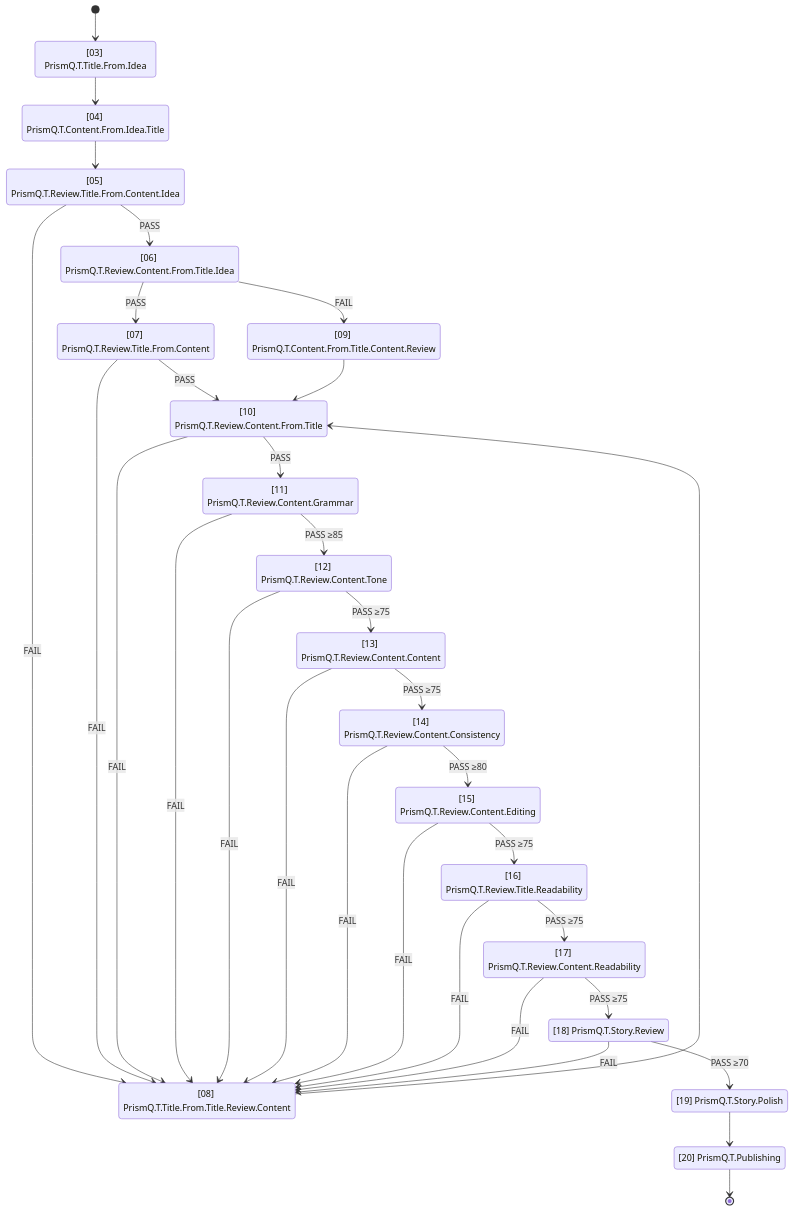
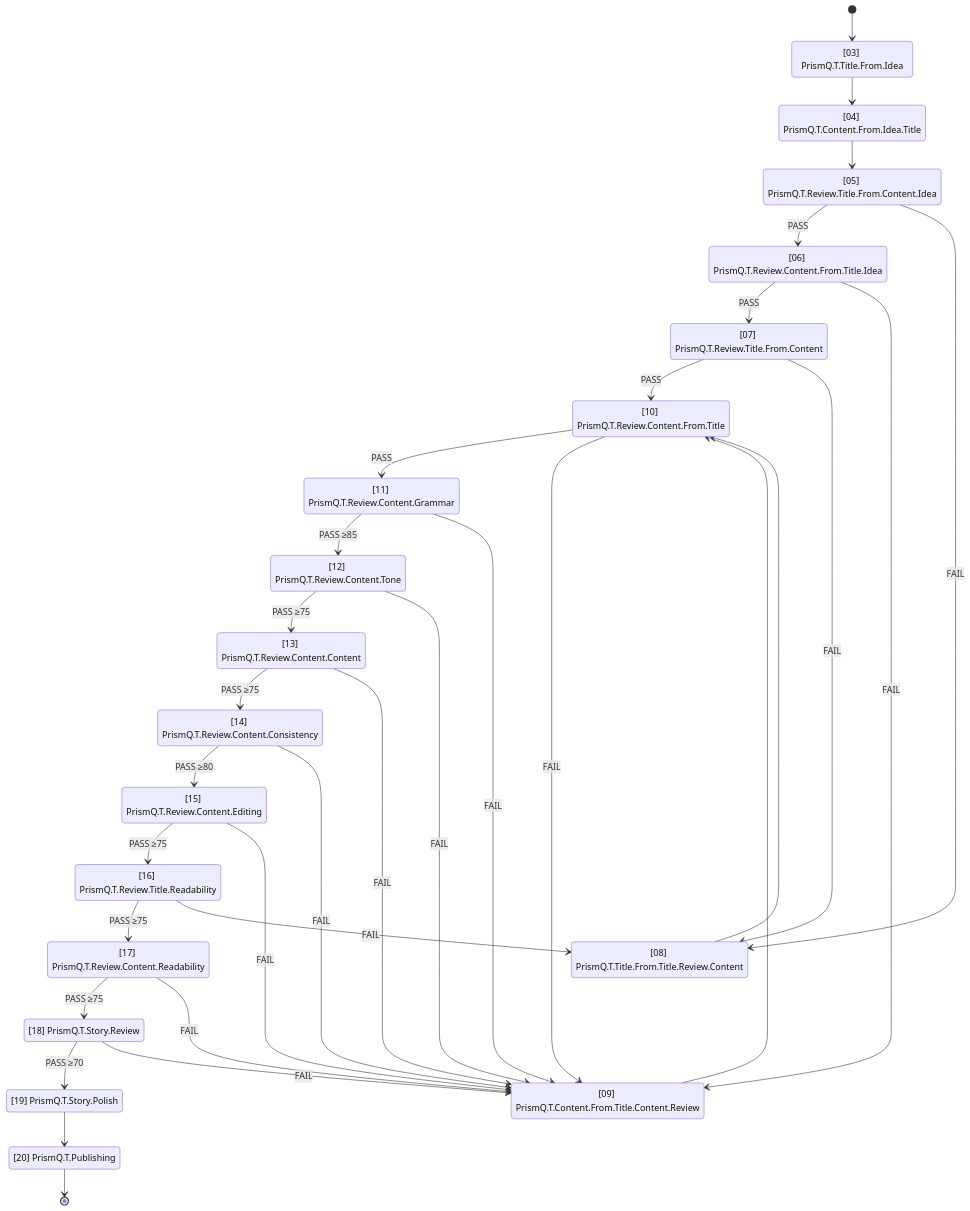
The diagram in _meta/docs/workflow/state-machine.md (Nomoos/PrismQ), drawn with Mermaid before and after one commit. The commit also changed other lines of this file and 3 other files, not shown here.

````diff
--- a/_meta/docs/workflow/state-machine.md
+++ b/_meta/docs/workflow/state-machine.md
@@ -13,81 +13,81 @@
 ```mermaid
 stateDiagram-v2
     direction TB
 
     %% ── State aliases (short ID → actual PrismQ.T state string) ──────────
     TitleFromIdea          : [03] PrismQ.T.Title.From.Idea
     ContentFromIdeaTitle   : [04] PrismQ.T.Content.From.Idea.Title
     RevTitleFromContentIdea: [05] PrismQ.T.Review.Title.From.Content.Idea
     RevContentFromTitleIdea: [06] PrismQ.T.Review.Content.From.Title.Idea
     RevTitleFromContent    : [07] PrismQ.T.Review.Title.From.Content
     TitleRegen             : [08] PrismQ.T.Title.From.Title.Review.Content
     ContentRegen09         : [09] PrismQ.T.Content.From.Title.Content.Review
     RevContentFromTitle    : [10] PrismQ.T.Review.Content.From.Title
     Grammar                : [11] PrismQ.T.Review.Content.Grammar
     Tone                   : [12] PrismQ.T.Review.Content.Tone
     Content                : [13] PrismQ.T.Review.Content.Content
     Consistency            : [14] PrismQ.T.Review.Content.Consistency
     Editing                : [15] PrismQ.T.Review.Content.Editing
     TitleReadability       : [16] PrismQ.T.Review.Title.Readability
     ContentReadability     : [17] PrismQ.T.Review.Content.Readability
     StoryReview            : [18] PrismQ.T.Story.Review
     StoryPolish            : [19] PrismQ.T.Story.Polish
     Publishing             : [20] PrismQ.T.Publishing
 
     %% ── Phase 1–2: Generation ────────────────────────────────────────────
     [*]                    --> TitleFromIdea
     TitleFromIdea          --> ContentFromIdeaTitle
 
     %% ── Phase 3: Initial Review Cycle (modules 05–07) ───────────────────
     ContentFromIdeaTitle   --> RevTitleFromContentIdea
 
     RevTitleFromContentIdea --> RevContentFromTitleIdea : PASS
     RevTitleFromContentIdea --> TitleRegen              : FAIL
 
     RevContentFromTitleIdea --> RevTitleFromContent     : PASS
     RevContentFromTitleIdea --> ContentRegen09          : FAIL
 
     RevTitleFromContent     --> RevContentFromTitle     : PASS
     RevTitleFromContent     --> TitleRegen              : FAIL
 
-    %% ── Phase 4: Regeneration (modules 08–09) ───────────────────────────
-    TitleRegen      --> RevContentFromTitle
-    ContentRegen09  --> RevContentFromTitle
+    %% ── Phase 4: Regeneration loops (modules 08–09) ────────────────────
+    %% [08] title improvement → [10] quality gate (content checked against new title)
+    TitleRegen     --> RevContentFromTitle
+    %% [09] content improvement → [10] quality gate
+    ContentRegen09 --> RevContentFromTitle
 
     %% ── Phase 5: Pre-Quality Gate (module 10) ───────────────────────────
-    RevContentFromTitle --> Grammar    : PASS
-    RevContentFromTitle --> TitleRegen : FAIL
+    RevContentFromTitle --> Grammar        : PASS
+    RevContentFromTitle --> ContentRegen09 : FAIL
 
     %% ── Phase 6: Quality Review Chain (modules 11–17) ───────────────────
-    Grammar     --> Tone        : PASS ≥85
-    Grammar     --> TitleRegen  : FAIL
+    %% content issues → [09] content regen; title issue → [08] title regen
+    Grammar     --> Tone             : PASS ≥85
+    Grammar     --> ContentRegen09   : FAIL
 
-    Tone        --> Content     : PASS ≥75
-    Tone        --> TitleRegen  : FAIL
+    Tone        --> Content          : PASS ≥75
+    Tone        --> ContentRegen09   : FAIL
 
-    Content     --> Consistency : PASS ≥75
-    Content     --> TitleRegen  : FAIL
+    Content     --> Consistency      : PASS ≥75
+    Content     --> ContentRegen09   : FAIL
 
-    Consistency --> Editing     : PASS ≥80
-    Consistency --> TitleRegen  : FAIL
+    Consistency --> Editing          : PASS ≥80
+    Consistency --> ContentRegen09   : FAIL
 
     Editing     --> TitleReadability : PASS ≥75
-    Editing     --> TitleRegen  : FAIL
+    Editing     --> ContentRegen09   : FAIL
 
-    TitleReadability    --> ContentReadability : PASS ≥75
-    TitleReadability    --> TitleRegen  : FAIL
+    TitleReadability --> ContentReadability : PASS ≥75
+    TitleReadability --> TitleRegen         : FAIL
 
-    ContentReadability  --> StoryReview : PASS ≥75
-    ContentReadability  --> TitleRegen  : FAIL
-
-    %% ── Quality FAIL → soft title improvement → back to quality gate ─────
-    %% TitleRegen (mod 08) and ContentRegen09 (mod 09) already loop to RevContentFromTitle above
+    ContentReadability --> StoryReview    : PASS ≥75
+    ContentReadability --> ContentRegen09 : FAIL
 
     %% ── Phase 7: Expert Review (modules 18–19) ──────────────────────────
-    StoryReview --> StoryPolish : PASS ≥70
-    StoryReview --> TitleRegen  : FAIL
+    StoryReview --> StoryPolish    : PASS ≥70
+    StoryReview --> ContentRegen09 : FAIL
 
     StoryPolish --> Publishing
 
     Publishing --> [*]
 ```
````
